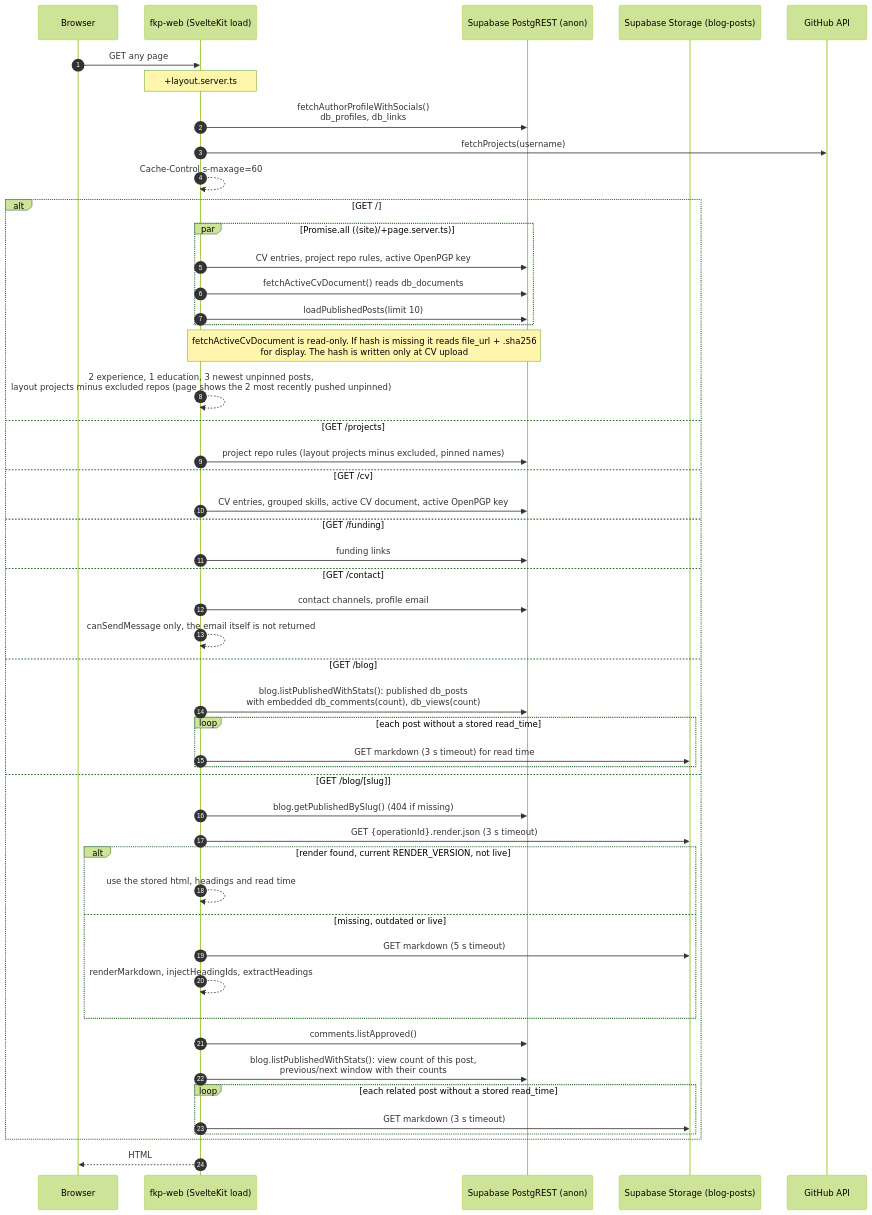
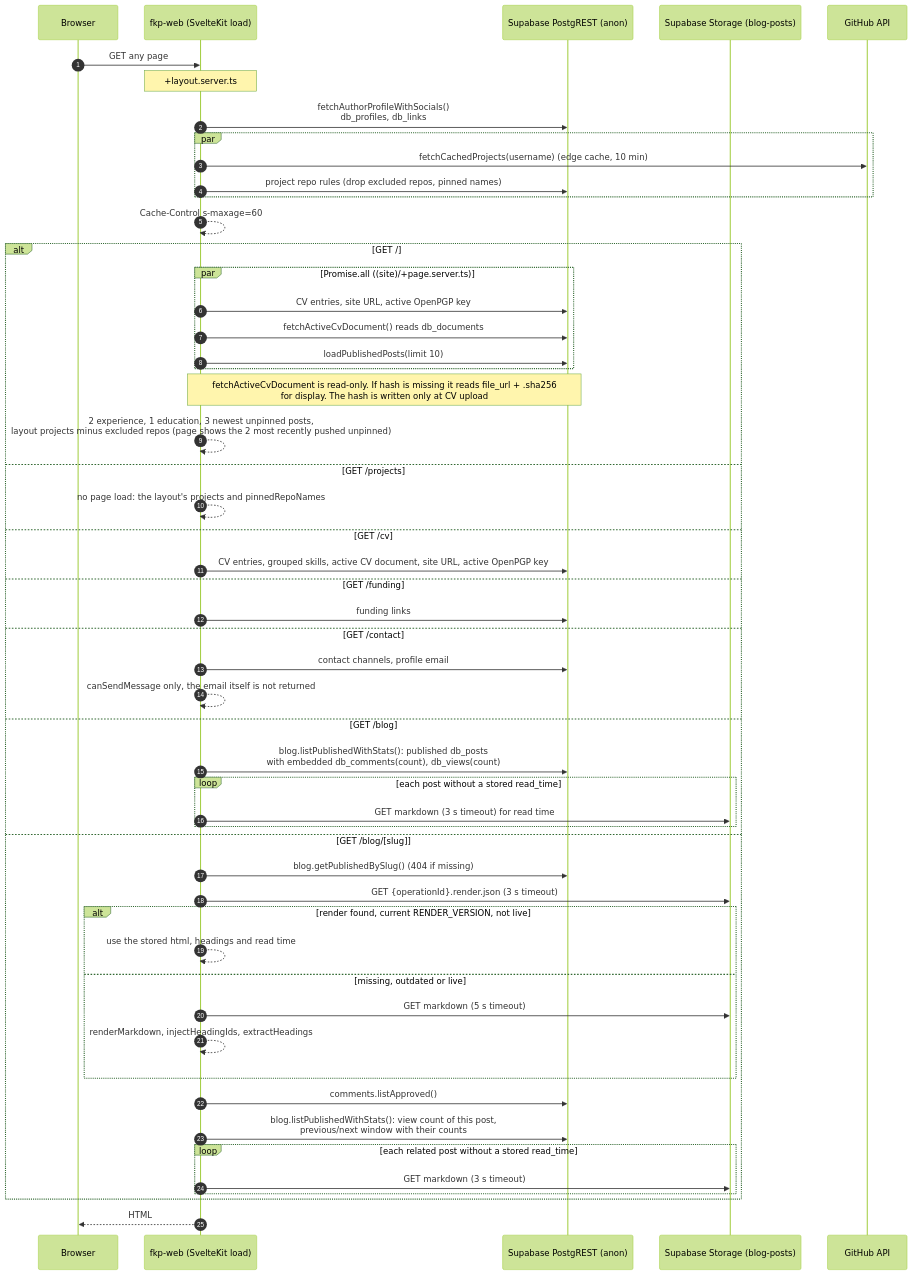
One commit to farhnkrnapratma/idstead changed the diagram in docs/001-architecture/003-page-render.md. Above: the diagram before and after it, drawn with Mermaid (forest theme). The commit also changed other lines of this file and 29 other files, not shown here.

````diff
--- a/docs/001-architecture/003-page-render.md
+++ b/docs/001-architecture/003-page-render.md
@@ -5,54 +5,57 @@
 ```mermaid
 sequenceDiagram
     autonumber
     participant B as Browser
     participant W as fkp-web (SvelteKit load)
     participant DB as Supabase PostgREST (anon)
     participant ST as Supabase Storage (blog-posts)
     participant GH as GitHub API
 
     B->>W: GET any page
     Note over W: +layout.server.ts
     W->>DB: fetchAuthorProfileWithSocials()<br/>db_profiles, db_links
-    W->>GH: fetchProjects(username)
+    par
+        W->>GH: fetchCachedProjects(username) (edge cache, 10 min)
+        W->>DB: project repo rules (drop excluded repos, pinned names)
+    end
     W-->>W: Cache-Control s-maxage=60
 
     alt GET /
         par Promise.all ((site)/+page.server.ts)
-            W->>DB: CV entries, project repo rules, active OpenPGP key
+            W->>DB: CV entries, site URL, active OpenPGP key
             W->>DB: fetchActiveCvDocument() reads db_documents
             W->>DB: loadPublishedPosts(limit 10)
         end
         Note over W,DB: fetchActiveCvDocument is read-only. If hash is missing it reads file_url + .sha256<br/>for display. The hash is written only at CV upload
         W-->>W: 2 experience, 1 education, 3 newest unpinned posts,<br/>layout projects minus excluded repos (page shows the 2 most recently pushed unpinned)
     else GET /projects
-        W->>DB: project repo rules (layout projects minus excluded, pinned names)
+        W-->>W: no page load: the layout's projects and pinnedRepoNames
     else GET /cv
-        W->>DB: CV entries, grouped skills, active CV document, active OpenPGP key
+        W->>DB: CV entries, grouped skills, active CV document, site URL, active OpenPGP key
     else GET /funding
         W->>DB: funding links
     else GET /contact
         W->>DB: contact channels, profile email
         W-->>W: canSendMessage only, the email itself is not returned
     else GET /blog
         W->>DB: blog.listPublishedWithStats(): published db_posts<br/>with embedded db_comments(count), db_views(count)
         loop each post without a stored read_time
             W->>ST: GET markdown (3 s timeout) for read time
         end
     else GET /blog/[slug]
         W->>DB: blog.getPublishedBySlug() (404 if missing)
         W->>ST: GET {operationId}.render.json (3 s timeout)
         alt render found, current RENDER_VERSION, not live
             W-->>W: use the stored html, headings and read time
         else missing, outdated or live
             W->>ST: GET markdown (5 s timeout)
             W-->>W: renderMarkdown, injectHeadingIds, extractHeadings
         end
         W->>DB: comments.listApproved()
         W->>DB: blog.listPublishedWithStats(): view count of this post,<br/>previous/next window with their counts
         loop each related post without a stored read_time
             W->>ST: GET markdown (3 s timeout)
         end
     end
     W-->>B: HTML
 ```
````
